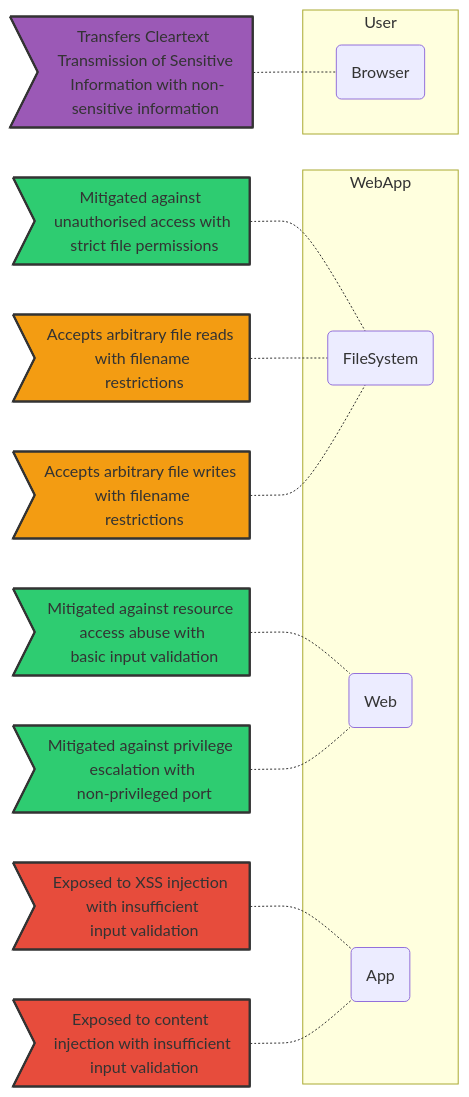
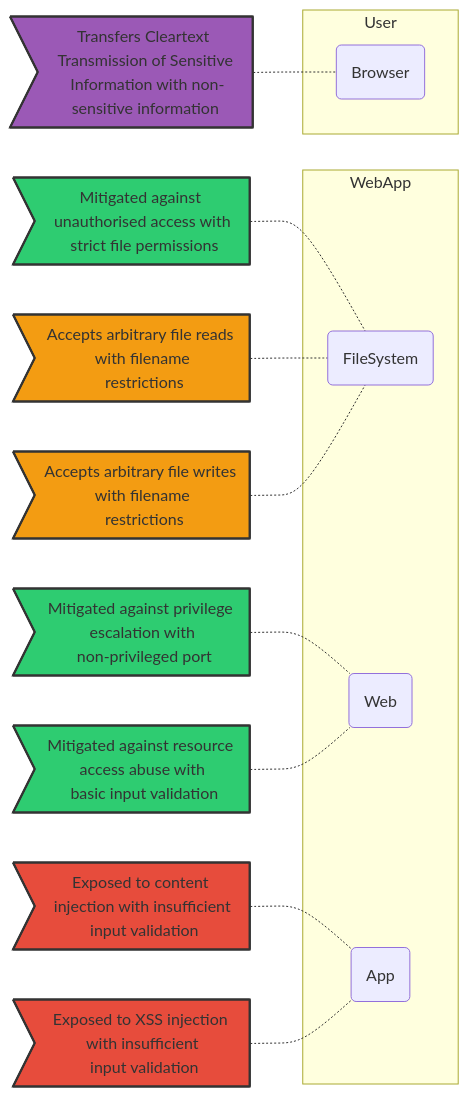
The diagram in examples/simple_web.mermaid (Leathal1/pythreatspec), drawn with Mermaid before and after one commit. The commit also changed 18 other files, not shown here.

```diff
--- a/examples/simple_web.mermaid
+++ b/examples/simple_web.mermaid
@@ -1,40 +1,40 @@
 graph LR
     classDef exposures fill:#e74c3c,stroke:#333,stroke-width:2px;
     classDef mitigations fill:#2ecc71,stroke:#333,stroke-width:2px;
     classDef transfers fill:#9b59b6,stroke:#333,stroke-width:2px;
     classDef acceptances fill:#f39c12,stroke:#333,stroke-width:2px;
     classDef reviews fill:#3498db,stroke:#333,stroke-width:2px;
     subgraph WebApp
         webapp_filesystem("FileSystem")
         webapp_web("Web")
         webapp_app("App")
     end
 
     subgraph User
         user_browser("Browser")
     end
 
-    xss_injection_02LTVFN20H>" Exposed to XSS injection with insufficient<br/> input validation"]
-    class xss_injection_02LTVFN20H exposures
-    xss_injection_02LTVFN20H-.-webapp_app
-    content_injection_WY6FXUUZSO>" Exposed to content injection with insufficient<br/> input validation"]
-    class content_injection_WY6FXUUZSO exposures
-    content_injection_WY6FXUUZSO-.-webapp_app
-    unauthorised_access_JCQNUSF97W>" Mitigated against unauthorised access with<br/> strict file permissions"]
-    class unauthorised_access_JCQNUSF97W mitigations
-    unauthorised_access_JCQNUSF97W-.-webapp_filesystem
-    resource_access_abuse_S6LEUD0BBS>" Mitigated against resource access abuse with<br/> basic input validation"]
-    class resource_access_abuse_S6LEUD0BBS mitigations
-    resource_access_abuse_S6LEUD0BBS-.-webapp_web
-    privilege_escalation_JEWQ65MNNI>" Mitigated against privilege escalation with<br/> non-privileged port"]
-    class privilege_escalation_JEWQ65MNNI mitigations
-    privilege_escalation_JEWQ65MNNI-.-webapp_web
-    cwe_319_cleartext_transmission_of_sensitive_information_A3TPF1Z6SI>" Transfers Cleartext Transmission of Sensitive<br/> Information with non-sensitive information"]
-    class cwe_319_cleartext_transmission_of_sensitive_information_A3TPF1Z6SI transfers
-    cwe_319_cleartext_transmission_of_sensitive_information_A3TPF1Z6SI-.-user_browser
-    arbitrary_file_reads_52F1PZULPA>" Accepts arbitrary file reads with filename<br/> restrictions"]
-    class arbitrary_file_reads_52F1PZULPA acceptances
-    arbitrary_file_reads_52F1PZULPA-.-webapp_filesystem
-    arbitrary_file_writes_9LYOYU94QG>" Accepts arbitrary file writes with filename<br/> restrictions"]
-    class arbitrary_file_writes_9LYOYU94QG acceptances
-    arbitrary_file_writes_9LYOYU94QG-.-webapp_filesystem
+    content_injection_SBFZ82WLAO>" Exposed to content injection with insufficient<br/> input validation"]
+    class content_injection_SBFZ82WLAO exposures
+    content_injection_SBFZ82WLAO-.-webapp_app
+    xss_injection_T7DSAOL4OP>" Exposed to XSS injection with insufficient<br/> input validation"]
+    class xss_injection_T7DSAOL4OP exposures
+    xss_injection_T7DSAOL4OP-.-webapp_app
+    privilege_escalation_09KPNSLT3D>" Mitigated against privilege escalation with<br/> non-privileged port"]
+    class privilege_escalation_09KPNSLT3D mitigations
+    privilege_escalation_09KPNSLT3D-.-webapp_web
+    resource_access_abuse_X37CTKAV79>" Mitigated against resource access abuse with<br/> basic input validation"]
+    class resource_access_abuse_X37CTKAV79 mitigations
+    resource_access_abuse_X37CTKAV79-.-webapp_web
+    unauthorised_access_HSQ0W0RMFJ>" Mitigated against unauthorised access with<br/> strict file permissions"]
+    class unauthorised_access_HSQ0W0RMFJ mitigations
+    unauthorised_access_HSQ0W0RMFJ-.-webapp_filesystem
+    cwe_319_cleartext_transmission_of_sensitive_information_FTS2PQOP6U>" Transfers Cleartext Transmission of Sensitive<br/> Information with non-sensitive information"]
+    class cwe_319_cleartext_transmission_of_sensitive_information_FTS2PQOP6U transfers
+    cwe_319_cleartext_transmission_of_sensitive_information_FTS2PQOP6U-.-user_browser
+    arbitrary_file_reads_MUBYG1TWYV>" Accepts arbitrary file reads with filename<br/> restrictions"]
+    class arbitrary_file_reads_MUBYG1TWYV acceptances
+    arbitrary_file_reads_MUBYG1TWYV-.-webapp_filesystem
+    arbitrary_file_writes_YKUJ8LUAW1>" Accepts arbitrary file writes with filename<br/> restrictions"]
+    class arbitrary_file_writes_YKUJ8LUAW1 acceptances
+    arbitrary_file_writes_YKUJ8LUAW1-.-webapp_filesystem
```
